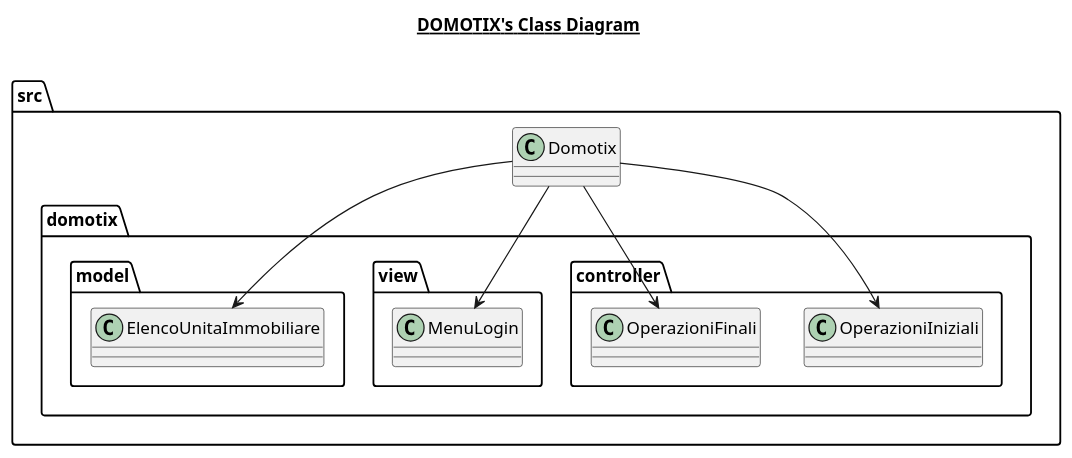
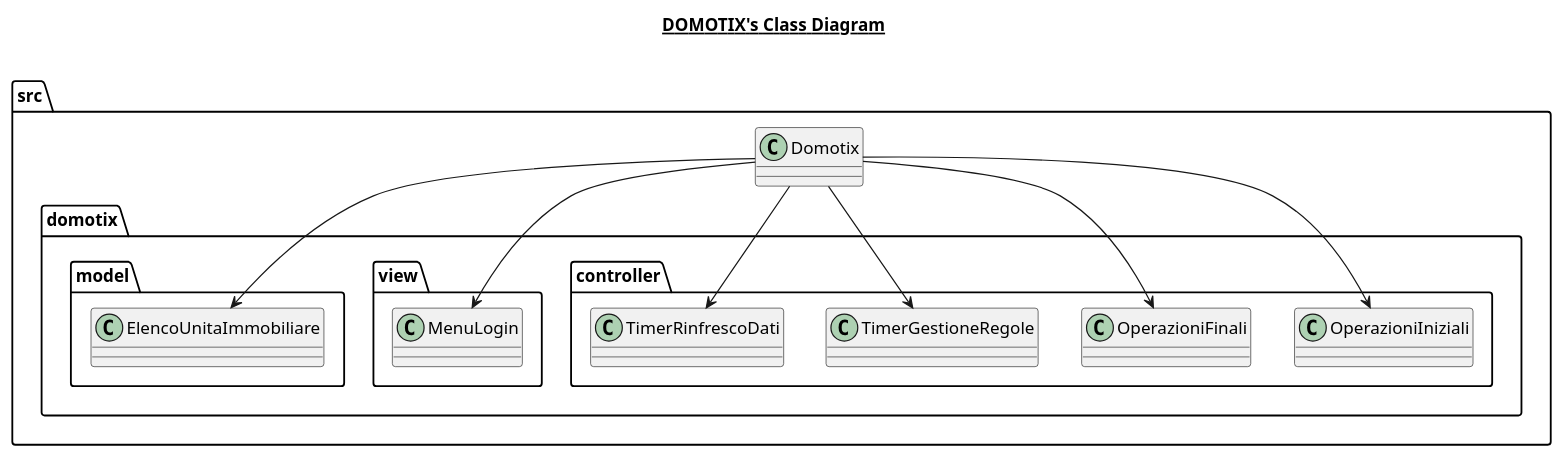
The diagram in src/src.plantuml (Edoar-do/Domotix), drawn with PlantUML before and after one commit. The commit also changed 30 other files, not shown here.

```diff
--- a/src/src.plantuml
+++ b/src/src.plantuml
@@ -1,16 +1,18 @@
 @startuml
 
 title __DOMOTIX's Class Diagram__\n
 
     namespace src {
         class Domotix {
         }
     }
-  
+
     src.Domotix --> src.domotix.controller.OperazioniIniziali
     src.Domotix --> src.domotix.controller.OperazioniFinali
+    src.Domotix --> src.domotix.controller.TimerGestioneRegole
+    src.Domotix --> src.domotix.controller.TimerRinfrescoDati
     src.Domotix --> src.domotix.view.MenuLogin
     src.Domotix --> src.domotix.model.ElencoUnitaImmobiliare
 
 
 @enduml
```
